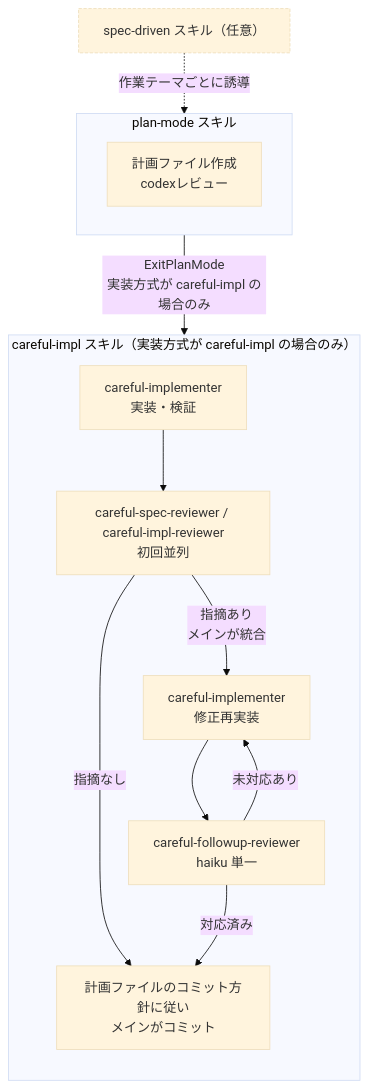
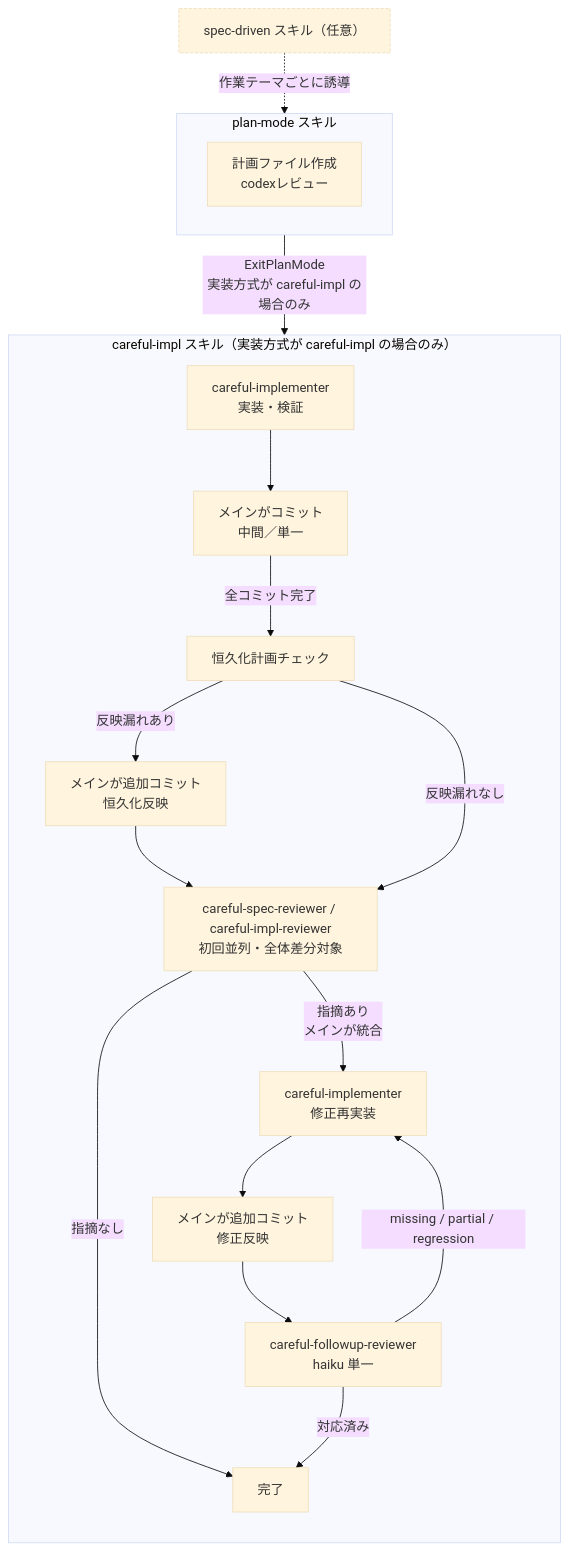
Before and after one commit to ak110/dotfiles: the diagram in .claude/rules/plugins.md, drawn with Mermaid (base theme). The commit also changed 13 other files, not shown here.

````diff
--- a/.claude/rules/plugins.md
+++ b/.claude/rules/plugins.md
@@ -116,20 +116,25 @@
 ```mermaid
 flowchart TB
     SD["spec-driven スキル（任意）"]:::sd
     subgraph PM["plan-mode スキル"]
       P[計画ファイル作成<br/>codexレビュー]
     end
     subgraph PI["careful-impl スキル（実装方式が careful-impl の場合のみ）"]
       direction TB
-      T[careful-implementer<br/>実装・検証] --> R1[careful-spec-reviewer / careful-impl-reviewer<br/>初回並列]
+      T[careful-implementer<br/>実装・検証] --> CM[メインがコミット<br/>中間／単一]
+      CM -->|全コミット完了| FC[恒久化計画チェック]
+      FC -->|反映漏れあり| CR[メインが追加コミット<br/>恒久化反映]
+      CR --> R1
+      FC -->|反映漏れなし| R1[careful-spec-reviewer / careful-impl-reviewer<br/>初回並列・全体差分対象]
       R1 -->|指摘あり<br/>メインが統合| T2[careful-implementer<br/>修正再実装]
-      T2 --> R2[careful-followup-reviewer<br/>haiku 単一]
-      R2 -->|未対応あり| T2
-      R1 -->|指摘なし| C[計画ファイルのコミット方針に従い<br/>メインがコミット]
-      R2 -->|対応済み| C
+      T2 --> CFix[メインが追加コミット<br/>修正反映]
+      CFix --> R2[careful-followup-reviewer<br/>haiku 単一]
+      R2 -->|missing / partial / regression| T2
+      R1 -->|指摘なし| END[完了]
+      R2 -->|対応済み| END
     end
     SD -.->|作業テーマごとに誘導| PM
     PM -->|ExitPlanMode<br/>実装方式が careful-impl の場合のみ| PI
 
     classDef sd stroke-dasharray: 4 2
 ```
````
